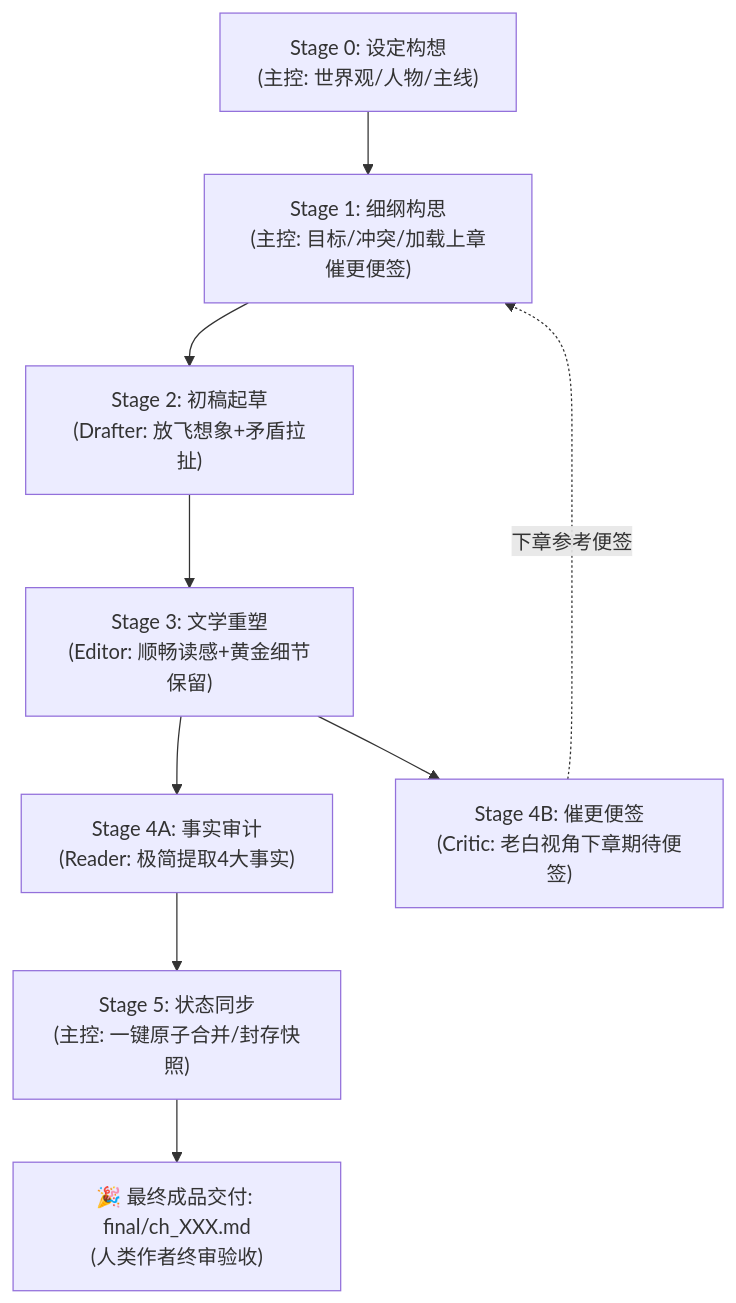
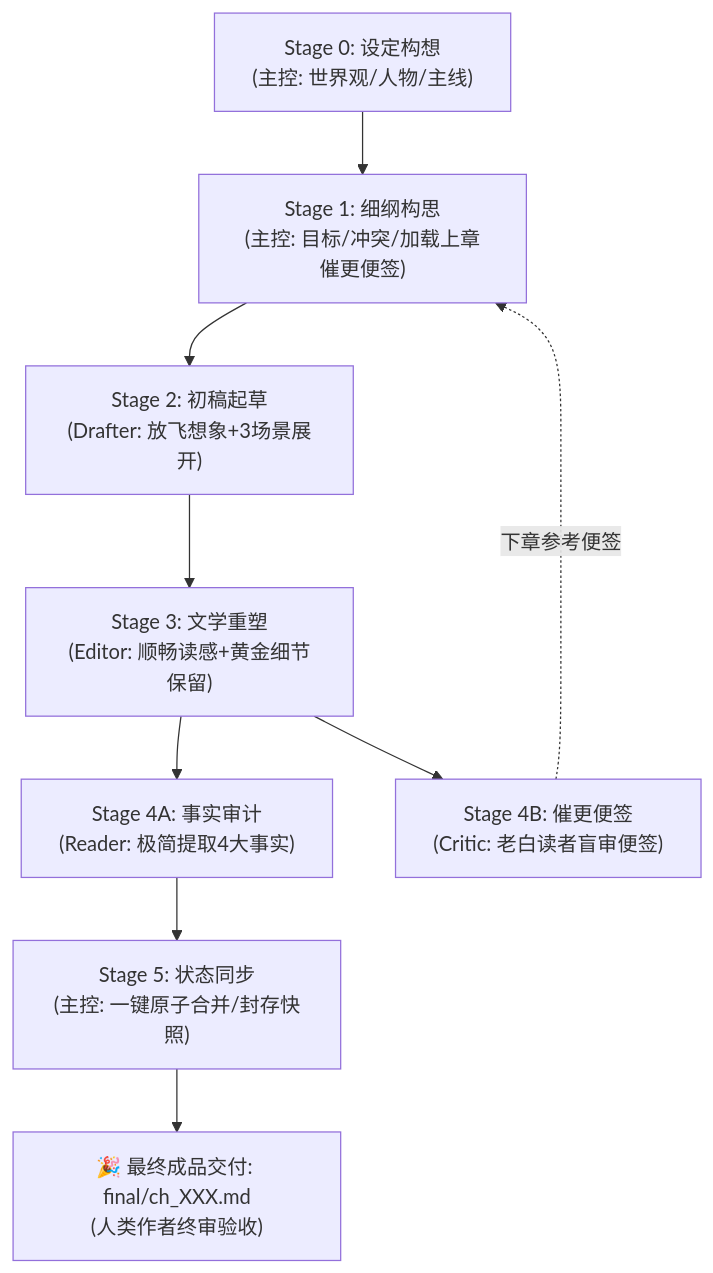
One commit to cg110902/NOVEL changed the diagram in AGENTS.md. Above: the diagram before and after it, drawn with Mermaid. The commit also changed other lines of this file and 17 other files, not shown here.

````diff
--- a/AGENTS.md
+++ b/AGENTS.md
@@ -33,11 +50,11 @@
 ```mermaid
 graph TD
     S0["Stage 0: 设定构想<br/>(主控: 世界观/人物/主线)"] --> S1["Stage 1: 细纲构思<br/>(主控: 目标/冲突/加载上章催更便签)"]
-    S1 --> S2["Stage 2: 初稿起草<br/>(Drafter: 放飞想象+矛盾拉扯)"]
+    S1 --> S2["Stage 2: 初稿起草<br/>(Drafter: 放飞想象+3场景展开)"]
     S2 --> S3["Stage 3: 文学重塑<br/>(Editor: 顺畅读感+黄金细节保留)"]
     S3 --> S4A["Stage 4A: 事实审计<br/>(Reader: 极简提取4大事实)"]
-    S3 --> S4B["Stage 4B: 催更便签<br/>(Critic: 老白视角下章期待便签)"]
+    S3 --> S4B["Stage 4B: 催更便签<br/>(Critic: 老白读者盲审便签)"]
     S4A --> S5["Stage 5: 状态同步<br/>(主控: 一键原子合并/封存快照)"]
     S4B -. "下章参考便签" .-> S1
     S5 --> S6["🎉 最终成品交付: final/ch_XXX.md<br/>(人类作者终审验收)"]
 ```
````
